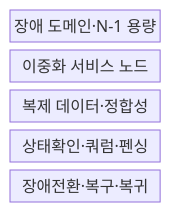
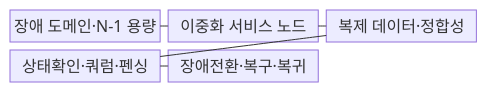
The first of 2 diagrams in src/content/docs/notes/06-evaluation/017_high_availability_architecture.md (agnusdei1207/knowledge-base), drawn with Mermaid before and after one commit. The commit also changed other lines of this file and 53 other files, not shown here.

````diff
--- a/src/content/docs/notes/06-evaluation/017_high_availability_architecture.md
+++ b/src/content/docs/notes/06-evaluation/017_high_availability_architecture.md
@@ -59,9 +59,13 @@
 ```mermaid
 block-beta
-  columns 1
+  columns 3
   F["장애 도메인·N-1 용량"]
   N["이중화 서비스 노드"]
   D["복제 데이터·정합성"]
   Q["상태확인·쿼럼·펜싱"]
   R["장애전환·복구·복귀"]
+  F --- N
+  N --- D
+  D --- Q
+  Q --- R
 ```
````
